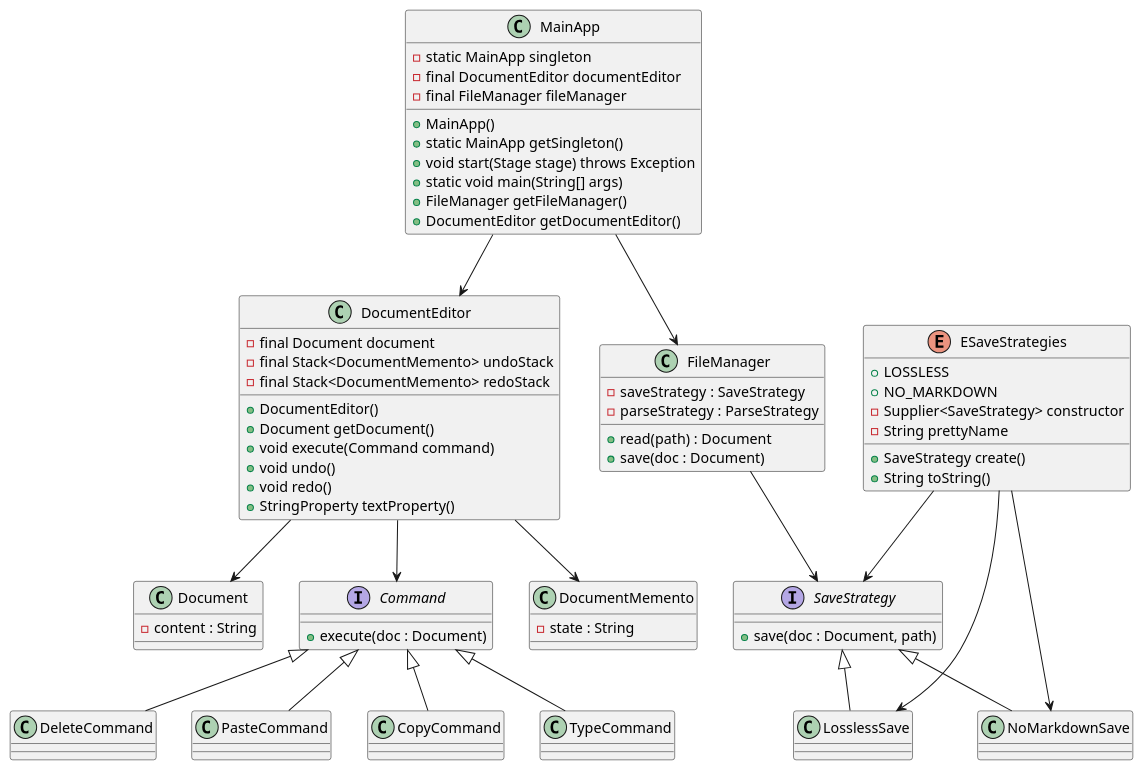
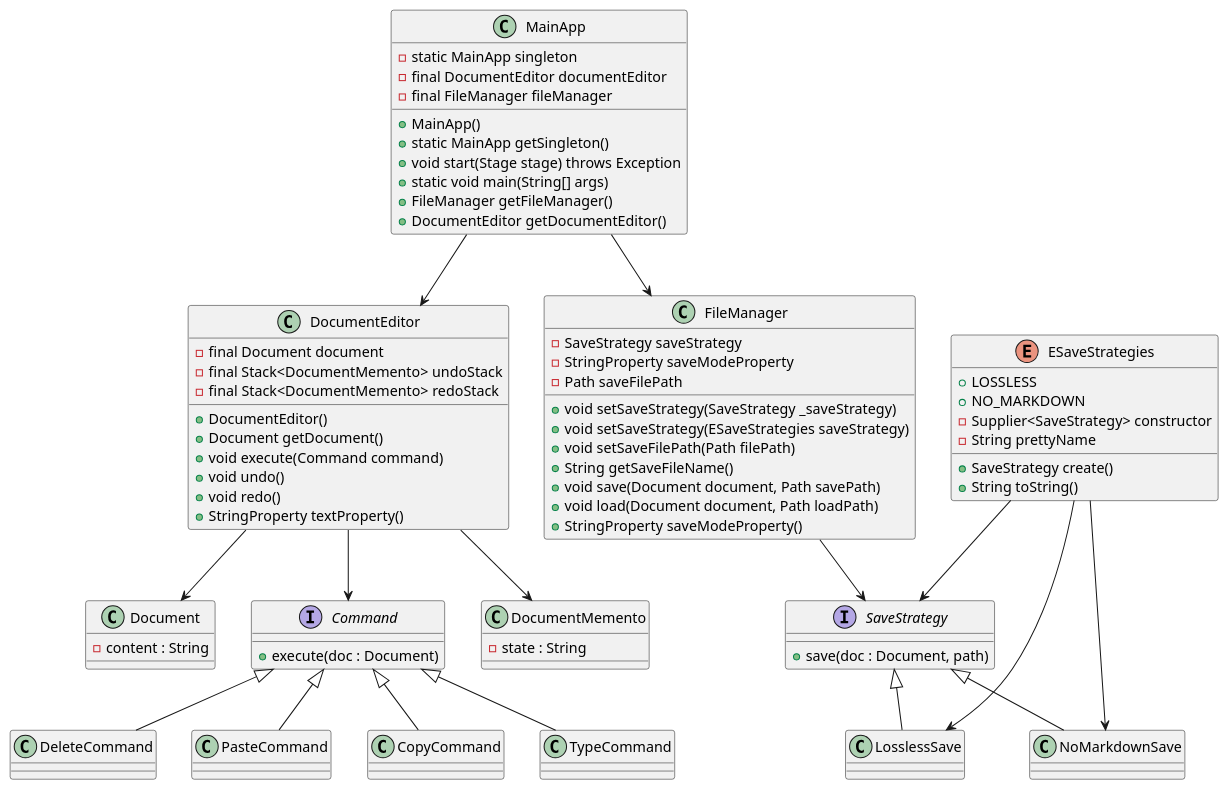
Before and after one commit to refactor-or-die/SuperTestEngine: the diagram in docs/uml/diagram.plantuml, drawn with PlantUML. The commit also changed 2 other files, not shown here.

```diff
--- a/docs/uml/diagram.plantuml
+++ b/docs/uml/diagram.plantuml
@@ -1,107 +1,114 @@
 @startuml
 
 ' =======================
 ' MODEL DANYCH
 ' =======================
 class Document {
   -content : String
 }
 
 ' =======================
 ' STRATEGY PATTERN
 ' FileManager deleguje zapis/odczyt do strategii
 ' =======================
 class FileManager {
-  -saveStrategy : SaveStrategy
-  -parseStrategy : ParseStrategy
-  +read(path) : Document
-  +save(doc : Document)
+    - SaveStrategy saveStrategy
+    - StringProperty saveModeProperty
+    - Path saveFilePath
+    + void setSaveStrategy(SaveStrategy _saveStrategy)
+    + void setSaveStrategy(ESaveStrategies saveStrategy)
+    + void setSaveFilePath(Path filePath)
+    + String getSaveFileName()
+    + void save(Document document, Path savePath)
+    + void load(Document document, Path loadPath)
+    + StringProperty saveModeProperty()
 }
+
 
 interface SaveStrategy {
   +save(doc : Document, path)
 }
 
 class LosslessSave
 class NoMarkdownSave
 
 SaveStrategy <|-- LosslessSave
 SaveStrategy <|-- NoMarkdownSave
 
 FileManager --> SaveStrategy
 
 enum ESaveStrategies {
     + LOSSLESS
     + NO_MARKDOWN
     - Supplier<SaveStrategy> constructor
     - String prettyName
     + SaveStrategy create()
     + String toString()
 }
 
 ESaveStrategies --> SaveStrategy
 ESaveStrategies --> LosslessSave
 ESaveStrategies --> NoMarkdownSave
 
 ' =======================
 ' COMMAND PATTERN
 ' DocumentEditor jest klientem komend
 ' Idealne dla GUI, toolbarów i skrótów klawiszowych
 ' =======================
 interface Command {
   +execute(doc : Document)
 }
 
 class TypeCommand
 class DeleteCommand
 class PasteCommand
 
 Command <|-- TypeCommand
 Command <|-- DeleteCommand
 Command <|-- CopyCommand
 Command <|-- PasteCommand
 
 ' =======================
 ' MEMENTO PATTERN
 ' Undo/Redo przez snapshoty stanu dokumentu
 ' =======================
 class DocumentMemento {
   -state : String
 }
 
 class DocumentEditor {
         - final Document document
         - final Stack<DocumentMemento> undoStack
         - final Stack<DocumentMemento> redoStack
         + DocumentEditor()
         + Document getDocument()
         + void execute(Command command)
         + void undo()
         + void redo()
         + StringProperty textProperty()
     }
 
 DocumentEditor --> Document
 DocumentEditor --> Command
 DocumentEditor --> DocumentMemento
 
 ' =======================
 ' GUI
 ' GUI wyzwala komendy, nie zna szczegółów edytora
 ' =======================
  class MainApp {
         - static MainApp singleton
         - final DocumentEditor documentEditor
         - final FileManager fileManager
         + MainApp()
         + static MainApp getSingleton()
         + void start(Stage stage) throws Exception
         + static void main(String[] args)
         + FileManager getFileManager()
         + DocumentEditor getDocumentEditor()
     }
 
 MainApp --> DocumentEditor
 MainApp --> FileManager
 
 @enduml
```
